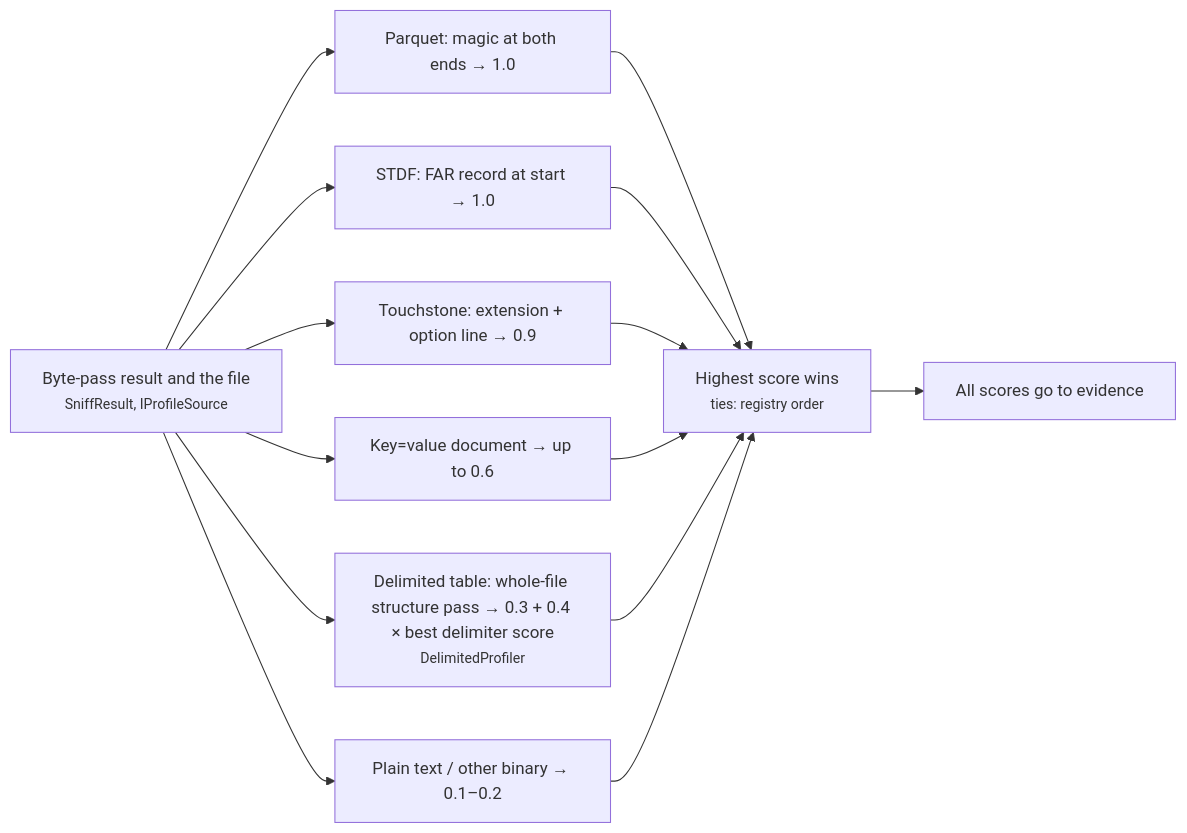
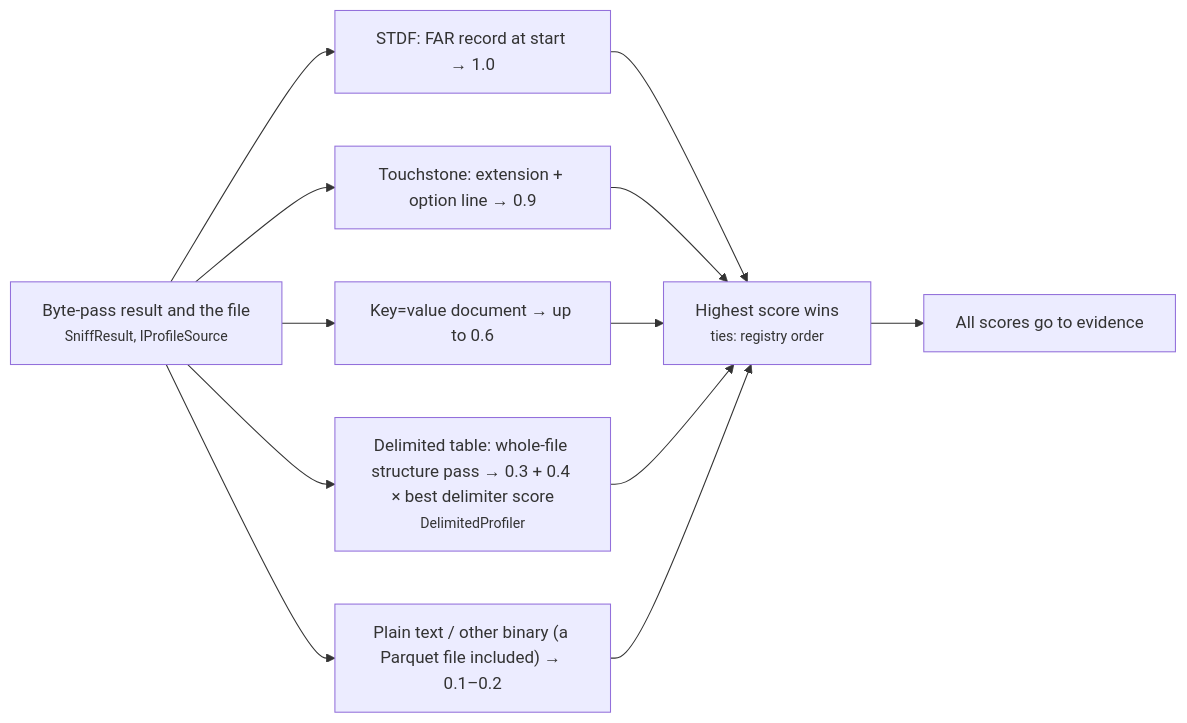
One commit to squalor-xyz/squalify changed the third of 25 diagrams in docs/how-it-works.md. Above: the diagram before and after it, drawn with Mermaid. The commit also changed other lines of this file and 42 other files, not shown here.

````diff
--- a/docs/how-it-works.md
+++ b/docs/how-it-works.md
@@ -44,11 +43,10 @@
 ```mermaid
 flowchart LR
-    S["Byte-pass result and the file<br/><small>SniffResult, IProfileSource</small>"] --> P1["Parquet: magic at both ends → 1.0"]
-    S --> P2["STDF: FAR record at start → 1.0"]
+    S["Byte-pass result and the file<br/><small>SniffResult, IProfileSource</small>"] --> P2["STDF: FAR record at start → 1.0"]
     S --> P3["Touchstone: extension + option line → 0.9"]
     S --> P4["Key=value document → up to 0.6"]
     S --> P5["Delimited table: whole-file structure pass → 0.3 + 0.4 × best delimiter score<br/><small>DelimitedProfiler</small>"]
-    S --> P6["Plain text / other binary → 0.1–0.2"]
-    P1 & P2 & P3 & P4 & P5 & P6 --> W["Highest score wins<br/><small>ties: registry order</small>"]
+    S --> P6["Plain text / other binary (a Parquet file included) → 0.1–0.2"]
+    P2 & P3 & P4 & P5 & P6 --> W["Highest score wins<br/><small>ties: registry order</small>"]
     W --> Ev["All scores go to evidence"]
 ```
````
